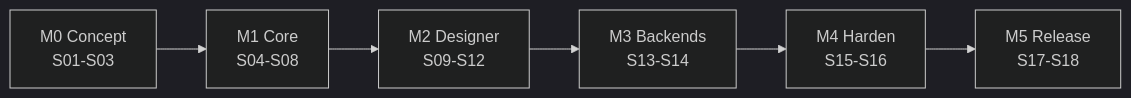
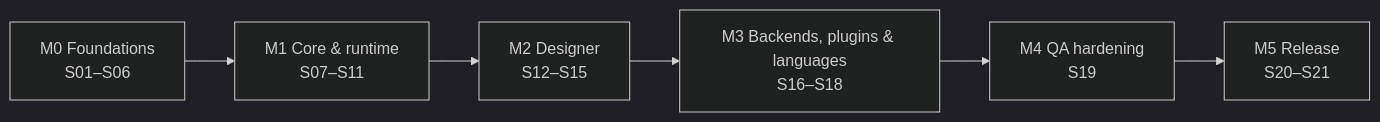
One commit to larrezze-dev/PyGUIbud_CLAUDE changed the fourth of 4 diagrams in project.md. Above: the diagram before and after it, drawn with Mermaid (dark theme). The commit also changed other lines of this file and 260 other files, not shown here.

````diff
--- a/project.md
+++ b/project.md
@@ -131,4 +94,4 @@
 ```mermaid
 flowchart LR
-  P0[M0 Concept<br/>S01-S03] --> P1[M1 Core<br/>S04-S08] --> P2[M2 Designer<br/>S09-S12] --> P3[M3 Backends<br/>S13-S14] --> P4[M4 Harden<br/>S15-S16] --> P5[M5 Release<br/>S17-S18]
+  M0[M0 Foundations<br/>S01–S06] --> M1[M1 Core & runtime<br/>S07–S11] --> M2[M2 Designer<br/>S12–S15] --> M3[M3 Backends, plugins & languages<br/>S16–S18] --> M4[M4 QA hardening<br/>S19] --> M5[M5 Release<br/>S20–S21]
 ```
````
